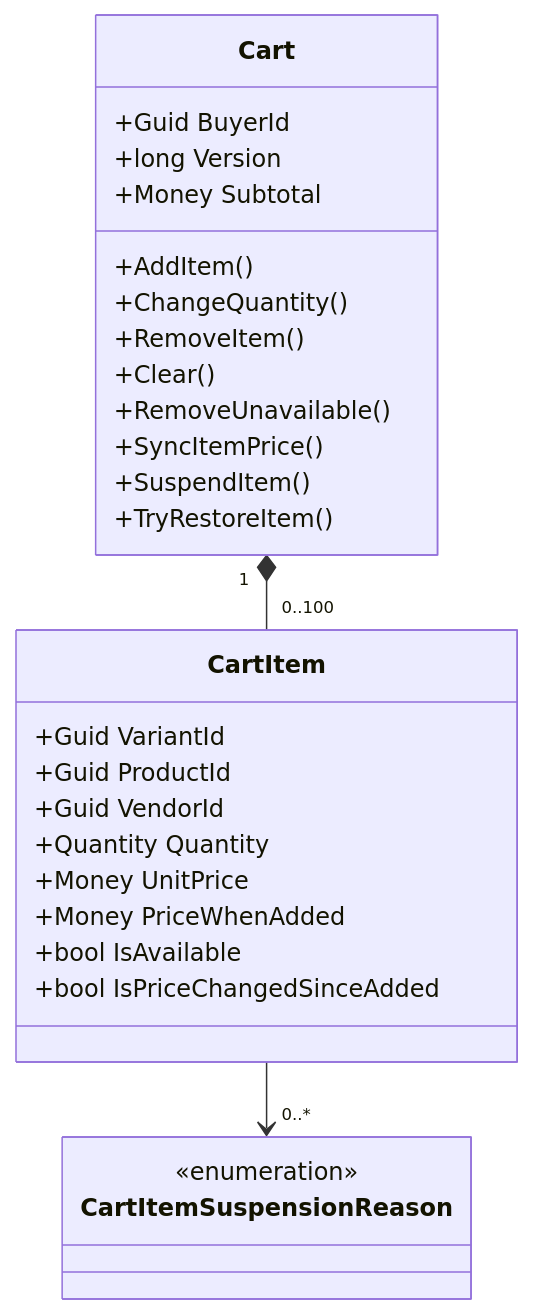
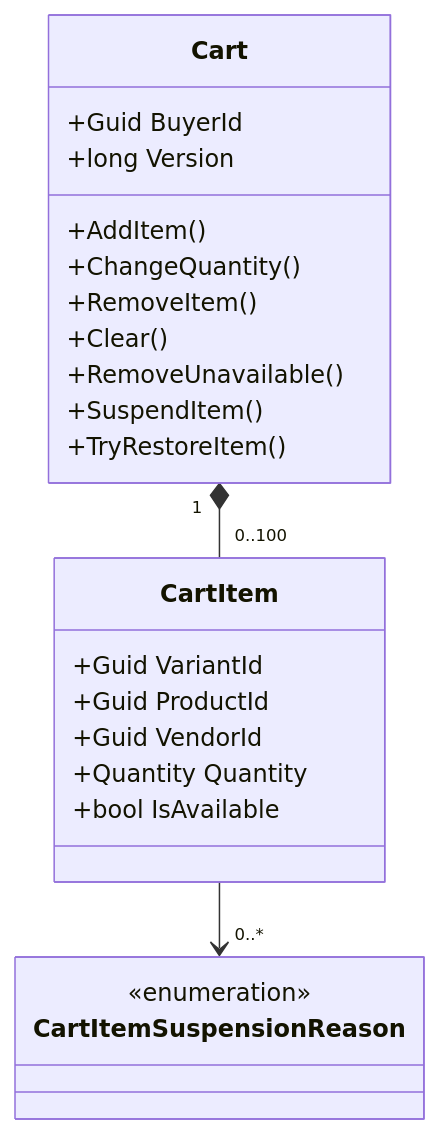
One commit to Fode-afk/CartService changed the second of 3 diagrams in README.md. Above: the diagram before and after it, drawn with Mermaid. The commit also changed other lines of this file, not shown here.

First line of the commit message:
Update README to clarify price handling in CartService

````diff
--- a/README.md
+++ b/README.md
@@ -87,31 +87,26 @@
 ```mermaid
 classDiagram
     class Cart {
         +Guid BuyerId
         +long Version
-        +Money Subtotal
         +AddItem()
         +ChangeQuantity()
         +RemoveItem()
         +Clear()
         +RemoveUnavailable()
-        +SyncItemPrice()
         +SuspendItem()
         +TryRestoreItem()
     }
     class CartItem {
         +Guid VariantId
         +Guid ProductId
         +Guid VendorId
         +Quantity Quantity
-        +Money UnitPrice
-        +Money PriceWhenAdded
         +bool IsAvailable
-        +bool IsPriceChangedSinceAdded
     }
     class CartItemSuspensionReason {
         <<enumeration>>
     }
     Cart "1" *-- "0..100" CartItem
     CartItem --> "0..*" CartItemSuspensionReason
 ```
````
